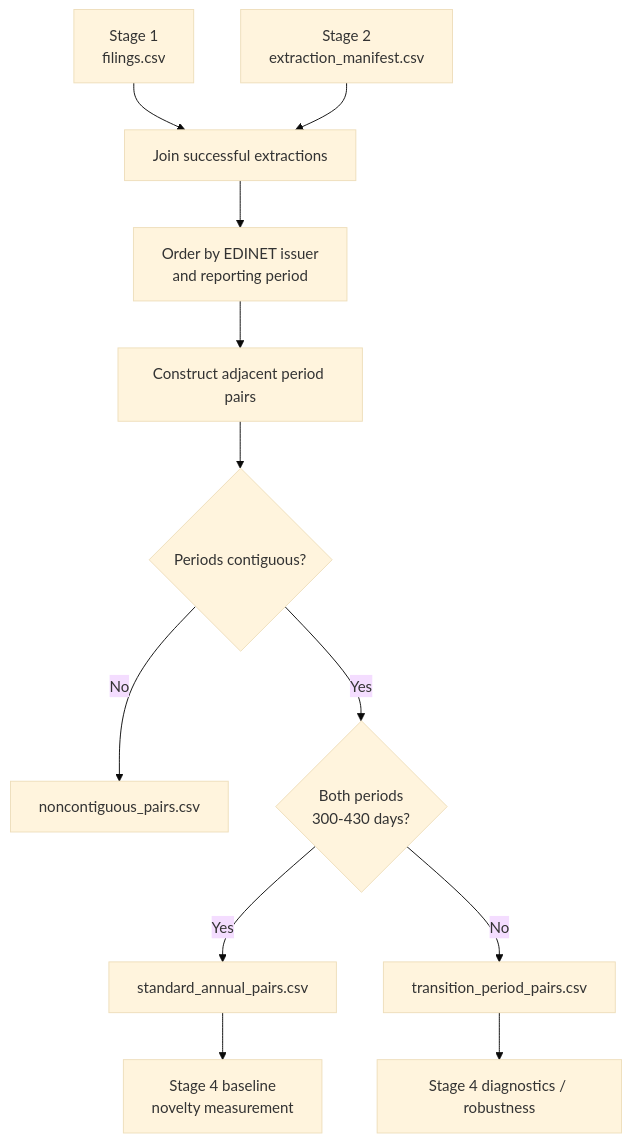
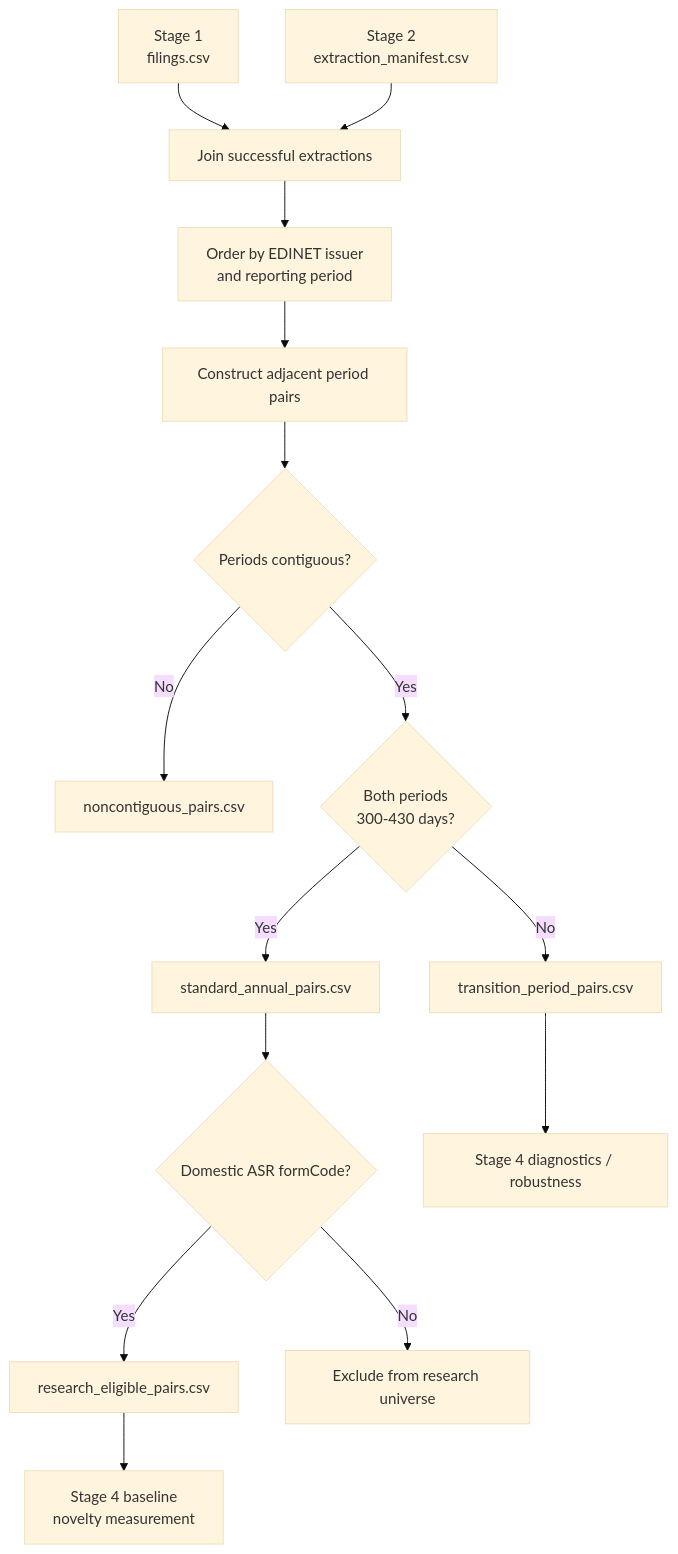
The fourth of 4 diagrams in docs/paper2/pipeline_overview.md (markblefevre/phd_research_pipeline), drawn with Mermaid (base theme) before and after one commit. The commit also changed other lines of this file and 2 other files, not shown here.

Commit message:
Add explicit step to exclude foreign issuers. Extractor already caught them. New output file

````diff
--- a/docs/paper2/pipeline_overview.md
+++ b/docs/paper2/pipeline_overview.md
@@ -576,23 +621,27 @@
 ```mermaid
 flowchart TD
 
     A[Stage 1<br/>filings.csv]
     B[Stage 2<br/>extraction_manifest.csv]
 
     A --> C[Join successful extractions]
     B --> C
 
     C --> D[Order by EDINET issuer<br/>and reporting period]
     D --> E[Construct adjacent period pairs]
 
     E --> F{Periods contiguous?}
 
     F -- No --> G[noncontiguous_pairs.csv]
     F -- Yes --> H{Both periods<br/>300-430 days?}
 
     H -- Yes --> I[standard_annual_pairs.csv]
     H -- No --> J[transition_period_pairs.csv]
 
-    I --> K[Stage 4 baseline<br/>novelty measurement]
-    J --> L[Stage 4 diagnostics / robustness]
+    I --> K{Domestic ASR formCode?}
+    K -- Yes --> L[research_eligible_pairs.csv]
+    K -- No --> M[Exclude from research universe]
+
+    L --> N[Stage 4 baseline<br/>novelty measurement]
+    J --> O[Stage 4 diagnostics / robustness]
 ```
````
